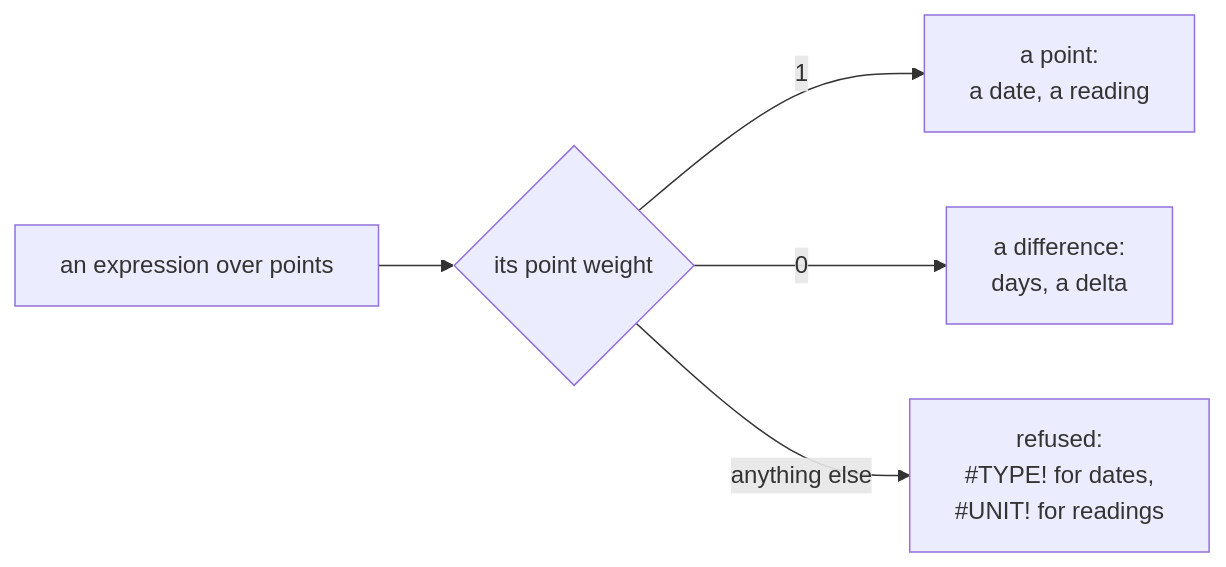
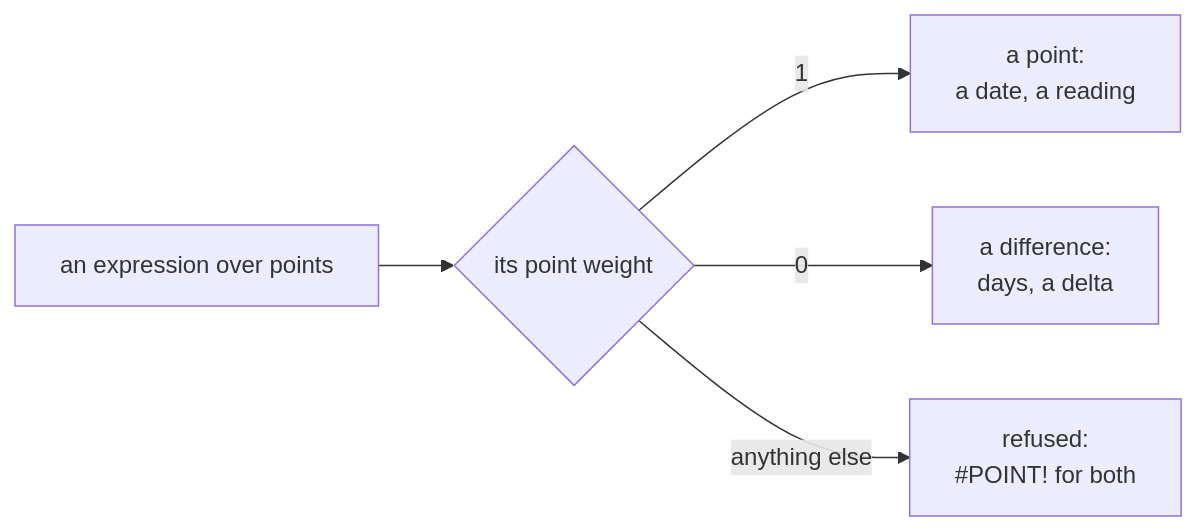
One commit to bubba8587/solenoid changed the sixth of 6 diagrams in tree/specs/values/value-semantics.md. Above: the diagram before and after it, drawn with Mermaid. The commit also changed other lines of this file and 51 other files, not shown here.

````diff
--- a/tree/specs/values/value-semantics.md
+++ b/tree/specs/values/value-semantics.md
@@ -245,7 +245,7 @@
 ```mermaid
 flowchart LR
     e["an expression over points"] --> w{"its point weight"}
     w -->|1| p["a point:<br>a date, a reading"]
     w -->|0| d["a difference:<br>days, a delta"]
-    w -->|"anything else"| r["refused:<br>#TYPE! for dates,<br>#UNIT! for readings"]
+    w -->|"anything else"| r["refused:<br>#POINT! for both"]
 ```
````
